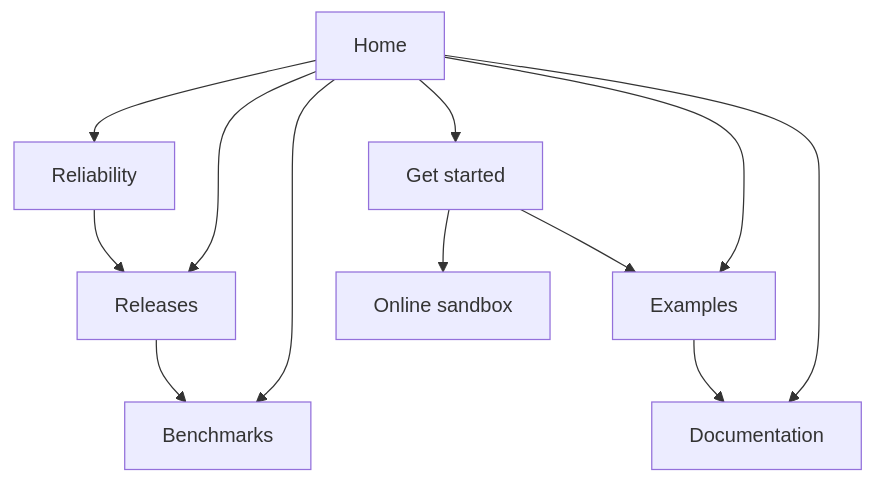
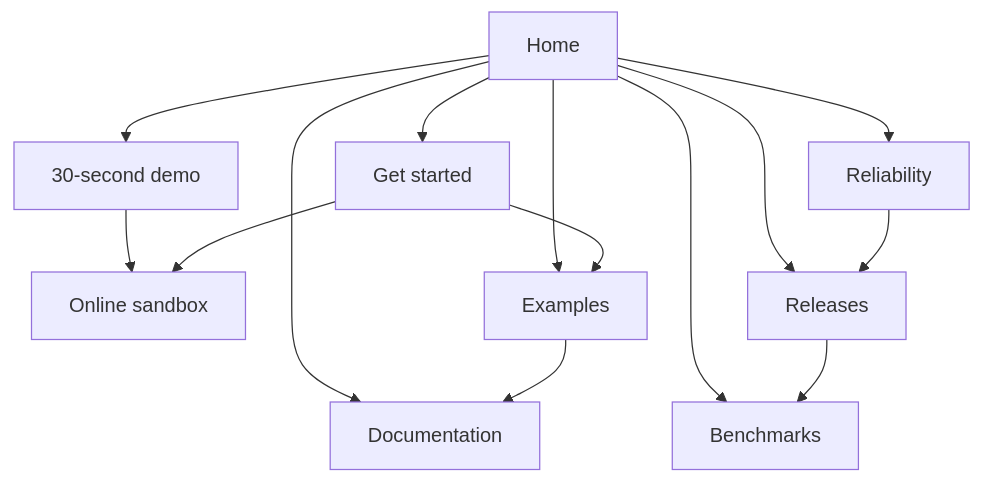
Before and after one commit to Israel-oduguwa/SafeStripe: the diagram in site/README.md, drawn with Mermaid. The commit also changed other lines of this file and 22 other files, not shown here.

````diff
--- a/site/README.md
+++ b/site/README.md
@@ -19,14 +20,16 @@
 ```mermaid
 flowchart TD
   Home[Home] --> Reliability[Reliability]
+  Home --> Demo[30-second demo]
+  Demo --> Sandbox[Online sandbox]
   Home --> Benchmarks[Benchmarks]
   Home --> Examples[Examples]
   Home --> Start[Get started]
   Home --> Releases[Releases]
   Home --> Docs[Documentation]
   Start --> Examples
   Examples --> Docs
   Reliability --> Releases
   Releases --> Benchmarks
   Start --> Sandbox[Online sandbox]
 ```
````
